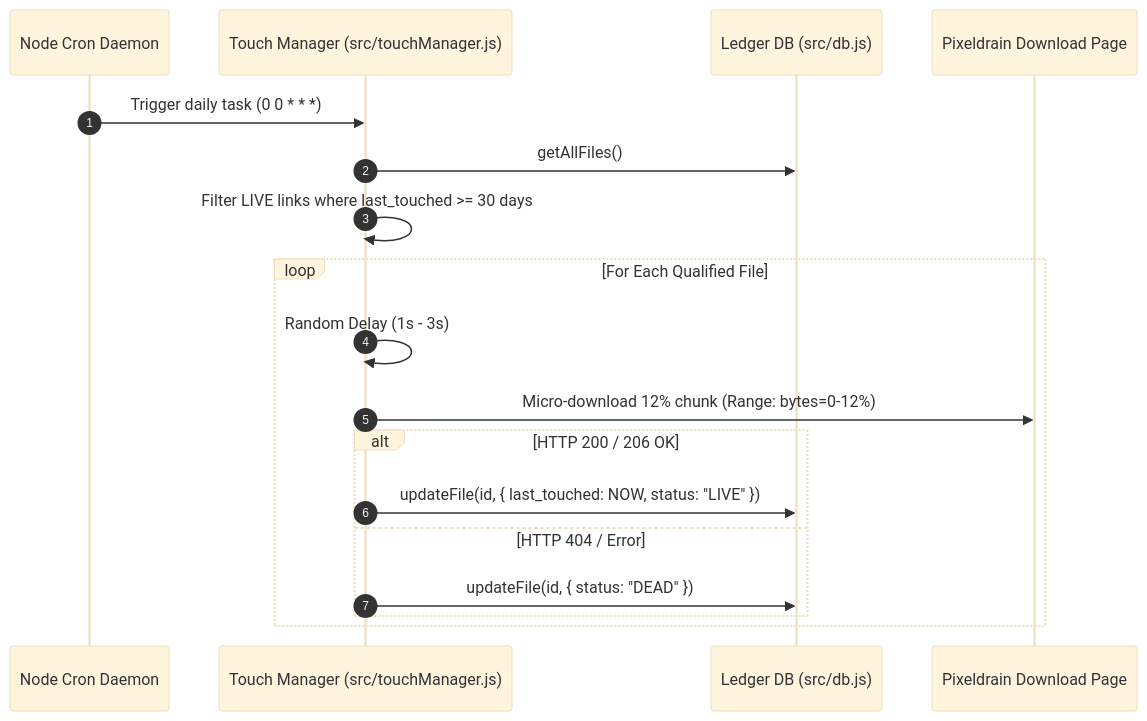
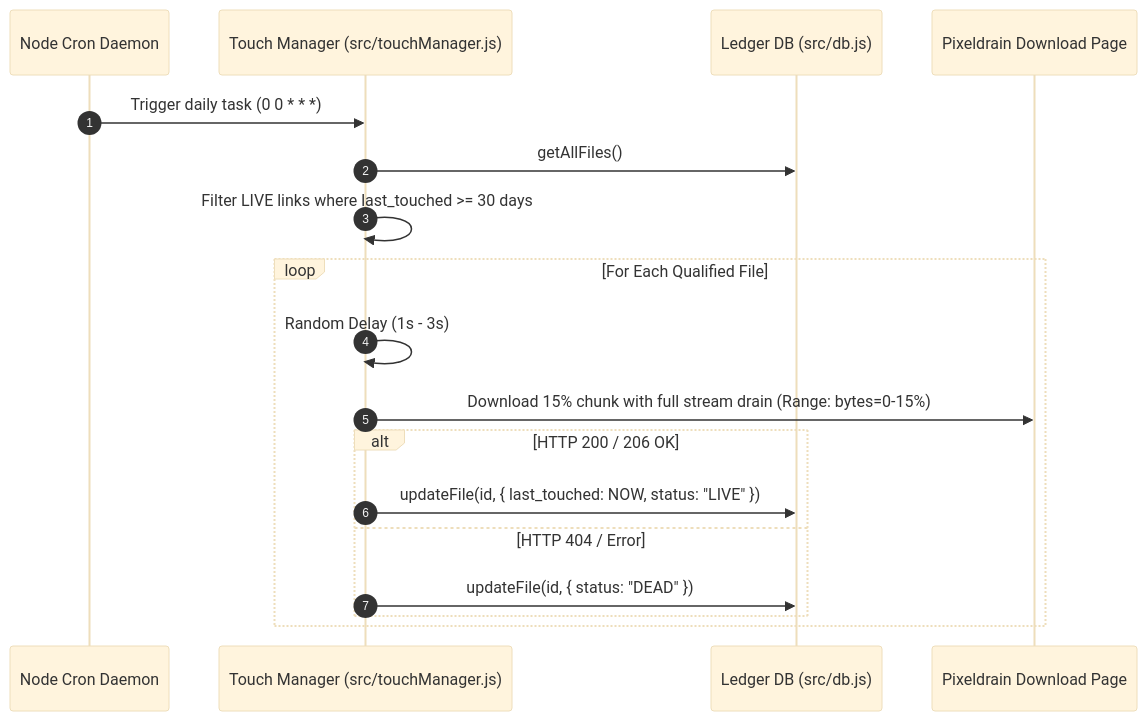
The third of 3 diagrams in knowledge.md (manstwn/aria2c-pixeldrain), drawn with Mermaid (base theme) before and after one commit. The commit also changed 8 other files, not shown here.

Commit message:
feat: add dedicated touch page and fix 15% stream-drained touch flow

````diff
--- a/knowledge.md
+++ b/knowledge.md
@@ -93,21 +93,21 @@
 ```mermaid
 sequenceDiagram
     autonumber
     participant Cron as Node Cron Daemon
     participant Touch as Touch Manager (src/touchManager.js)
     participant DB as Ledger DB (src/db.js)
     participant Remote as Pixeldrain Download Page
 
     Cron->>Touch: Trigger daily task (0 0 * * *)
     Touch->>DB: getAllFiles()
     Touch->>Touch: Filter LIVE links where last_touched >= 30 days
     loop For Each Qualified File
         Touch->>Touch: Random Delay (1s - 3s)
-        Touch->>Remote: Micro-download 12% chunk (Range: bytes=0-12%)
+        Touch->>Remote: Download 15% chunk with full stream drain (Range: bytes=0-15%)
         alt HTTP 200 / 206 OK
             Touch->>DB: updateFile(id, { last_touched: NOW, status: "LIVE" })
         else HTTP 404 / Error
             Touch->>DB: updateFile(id, { status: "DEAD" })
         end
     end
 ```
````
